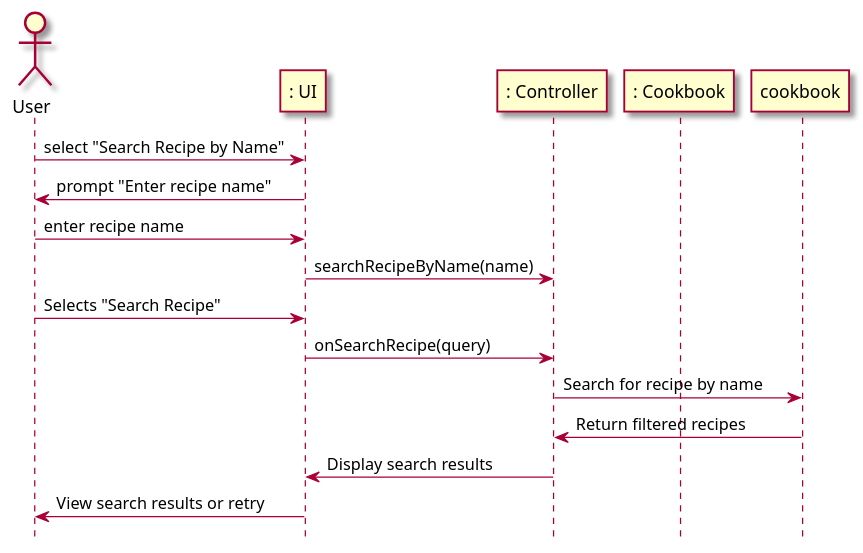
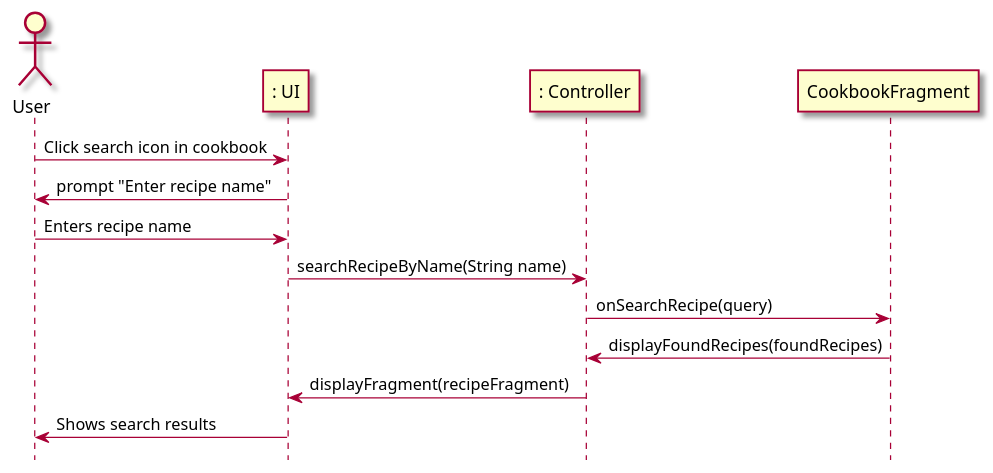
The second of 2 diagrams in intellij/doc/use-cases/search_recipes.md (berthashipper/Pantry-Pal-Android-Application), drawn with PlantUML before and after one commit.

Commit message:
Updated search_recipes use case to use method call notation

````diff
--- a/intellij/doc/use-cases/search_recipes.md
+++ b/intellij/doc/use-cases/search_recipes.md
@@ -68,25 +68,21 @@
 ```plantuml
 @startuml
 skin rose
 
 hide footbox
 
 actor User as user
 participant ": UI" as ui
 participant ": Controller" as cont
-participant ": Cookbook" as db
 
-user -> ui : select "Search Recipe by Name"
+user -> ui : Click search icon in cookbook
 ui -> user : prompt "Enter recipe name"
-user -> ui : enter recipe name
-ui -> cont : searchRecipeByName(name)
+user -> ui : Enters recipe name
+ui -> cont : searchRecipeByName(String name)
 
-
-user -> ui : Selects "Search Recipe"
-ui -> cont : onSearchRecipe(query)
-cont -> cookbook : Search for recipe by name
-cookbook -> cont : Return filtered recipes
-cont -> ui : Display search results
-ui -> user : View search results or retry
+cont -> CookbookFragment : onSearchRecipe(query)
+CookbookFragment -> cont : displayFoundRecipes(foundRecipes)
+cont -> ui : displayFragment(recipeFragment)
+ui -> user : Shows search results
 @enduml
 ```
````
